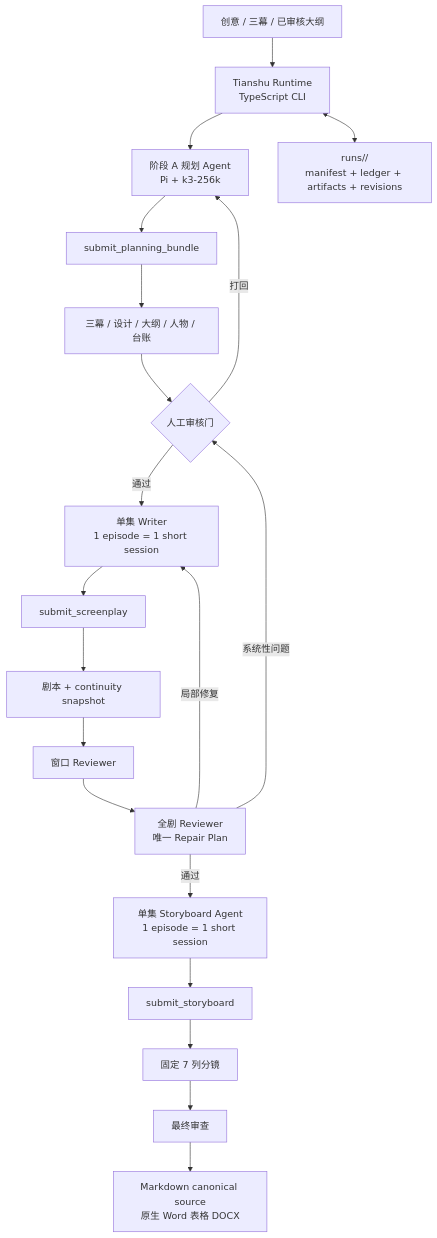
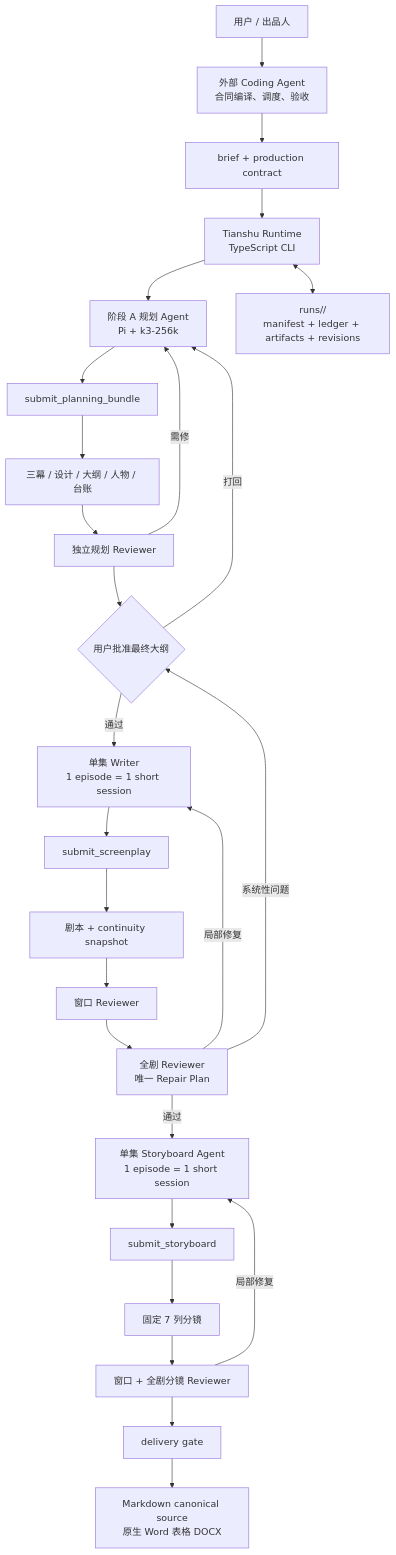
The diagram in docs/ARCHITECTURE_PLAN.md (HaokaiDing/tianshu-replica), drawn with Mermaid before and after one commit. The commit also changed other lines of this file and 17 other files, not shown here.

````diff
--- a/docs/ARCHITECTURE_PLAN.md
+++ b/docs/ARCHITECTURE_PLAN.md
@@ -37,23 +41,29 @@
 ```mermaid
 flowchart TD
-    Input["创意 / 三幕 / 已审核大纲"] --> Runtime["Tianshu Runtime\nTypeScript CLI"]
+    User["用户 / 出品人"] --> Orchestrator["外部 Coding Agent\n合同编译、调度、验收"]
+    Orchestrator --> Input["brief + production contract"]
+    Input --> Runtime["Tianshu Runtime\nTypeScript CLI"]
     Runtime --> Planner["阶段 A 规划 Agent\nPi + k3-256k"]
     Planner --> PlanTool["submit_planning_bundle"]
     PlanTool --> PlanArtifacts["三幕 / 设计 / 大纲 / 人物 / 台账"]
-    PlanArtifacts --> Human{"人工审核门"}
+    PlanArtifacts --> PlanReview["独立规划 Reviewer"]
+    PlanReview -->|"需修"| Planner
+    PlanReview --> Human{"用户批准最终大纲"}
     Human -->|"打回"| Planner
     Human -->|"通过"| Writer["单集 Writer\n1 episode = 1 short session"]
     Writer --> ScriptTool["submit_screenplay"]
     ScriptTool --> ScriptArtifacts["剧本 + continuity snapshot"]
     ScriptArtifacts --> WindowReview["窗口 Reviewer"]
     WindowReview --> SeriesReview["全剧 Reviewer\n唯一 Repair Plan"]
     SeriesReview -->|"局部修复"| Writer
     SeriesReview -->|"系统性问题"| Human
     SeriesReview -->|"通过"| Board["单集 Storyboard Agent\n1 episode = 1 short session"]
     Board --> BoardTool["submit_storyboard"]
     BoardTool --> Storyboards["固定 7 列分镜"]
-    Storyboards --> FinalReview["最终审查"]
+    Storyboards --> BoardReview["窗口 + 全剧分镜 Reviewer"]
+    BoardReview -->|"局部修复"| Board
+    BoardReview --> FinalReview["delivery gate"]
     FinalReview --> Delivery["Markdown canonical source\n原生 Word 表格 DOCX"]
 
     Runtime <--> Facts["runs/<run-id>/\nmanifest + ledger + artifacts + revisions"]
 ```
````
